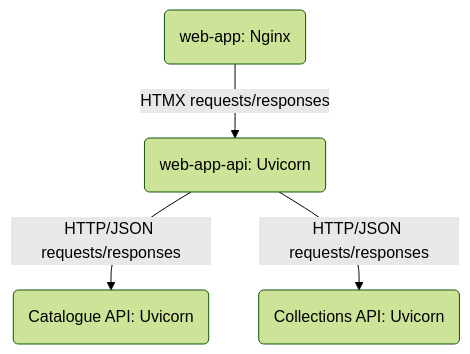
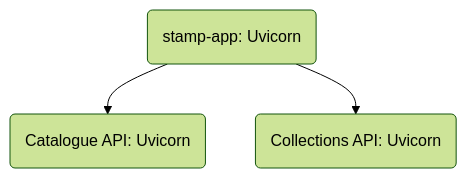
The diagram in README.md (pacoispaco/faststamps), drawn with Mermaid (forest theme) before and after one commit. The commit also changed other lines of this file, not shown here.

````diff
--- a/README.md
+++ b/README.md
@@ -62,6 +63,5 @@
 ```mermaid
 graph TD;
-    id1(web-app: Nginx)-->|HTMX requests/responses| id2(web-app-api: Uvicorn);
-    id2(web-app-api: Uvicorn)-->|HTTP/JSON requests/responses| id3(Catalogue API: Uvicorn);
-    id2(web-app-api: Uvicorn)-->|HTTP/JSON requests/responses| id4(Collections API: Uvicorn);
+    id1(stamp-app: Uvicorn)-->id2(Catalogue API: Uvicorn);
+    id1(stamp-app: Uvicorn)-->id3(Collections API: Uvicorn);
 ```
````
